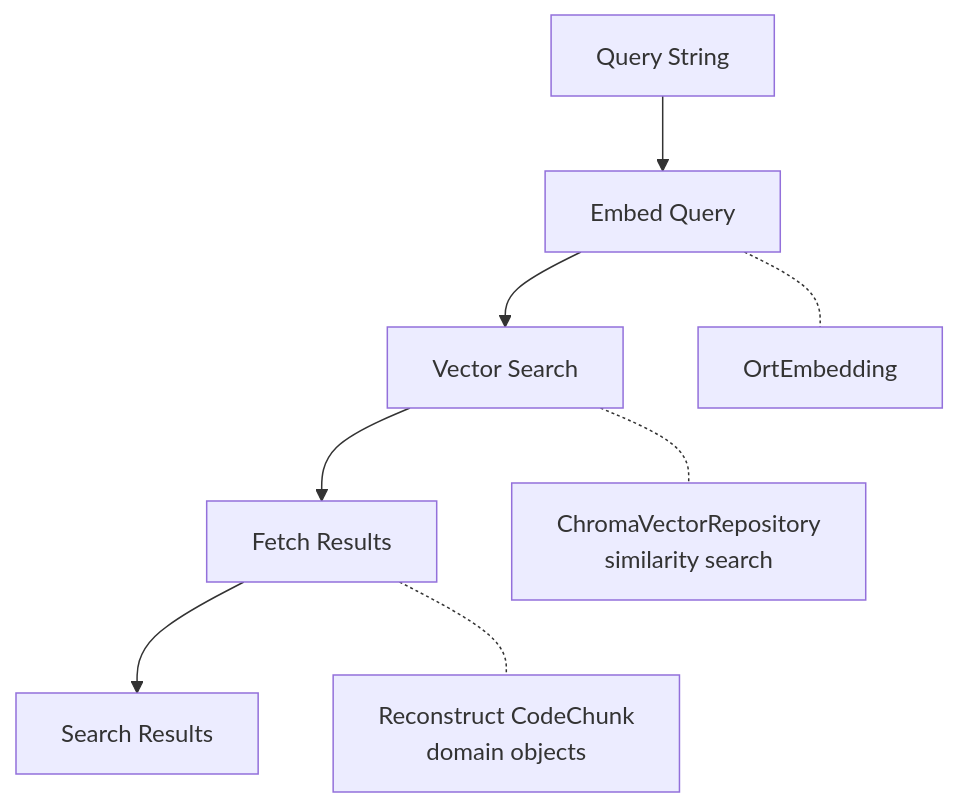
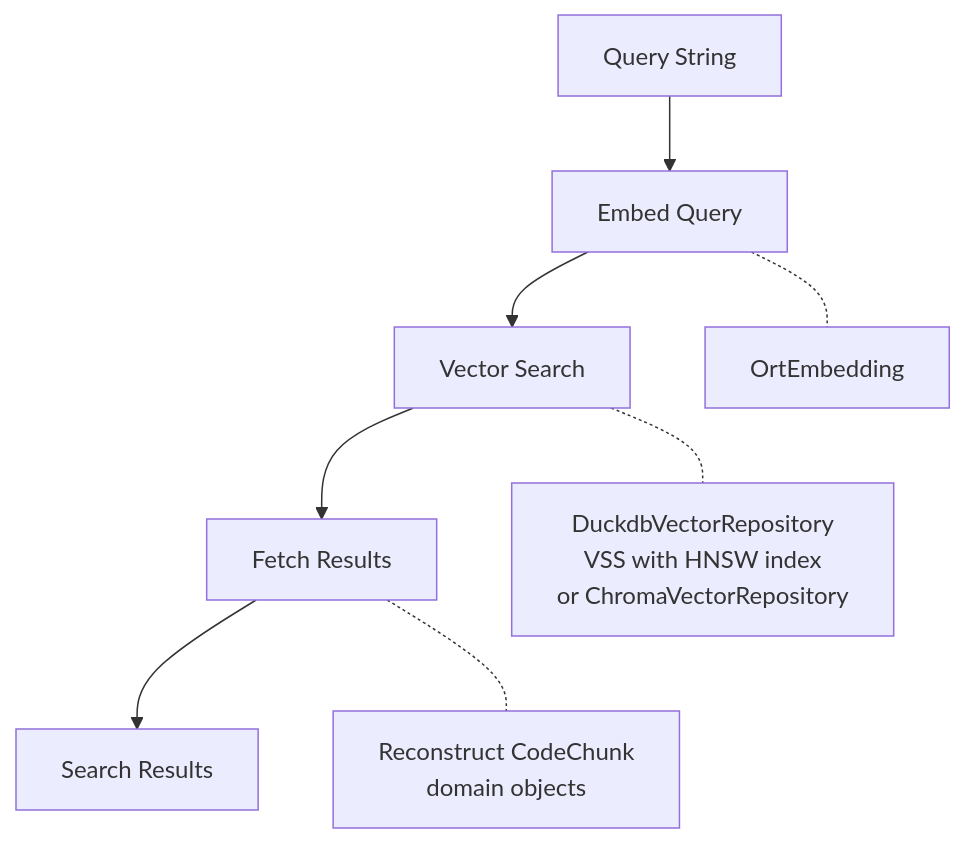
The third of 3 diagrams in docs/architecture/overview.md (ArtemisMucaj/codesearch), drawn with Mermaid before and after one commit. The commit also changed other lines of this file and 20 other files, not shown here.

Commit message:
feat: support duckdb vector store

````diff
--- a/docs/architecture/overview.md
+++ b/docs/architecture/overview.md
@@ -169,11 +172,11 @@
 ```mermaid
 flowchart TB
     A[Query String] --> B[Embed Query]
     B --> C[Vector Search]
     C --> D[Fetch Results]
     D --> E[Search Results]
 
     B -.- B1[OrtEmbedding]
-    C -.- C1[ChromaVectorRepository<br/>similarity search]
+    C -.- C1[DuckdbVectorRepository<br/>VSS with HNSW index<br/>or ChromaVectorRepository]
     D -.- D1[Reconstruct CodeChunk<br/>domain objects]
 ```
````
